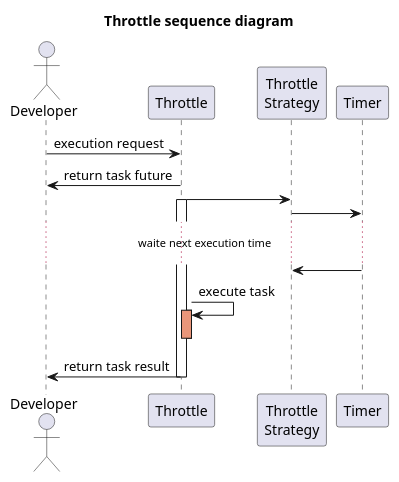
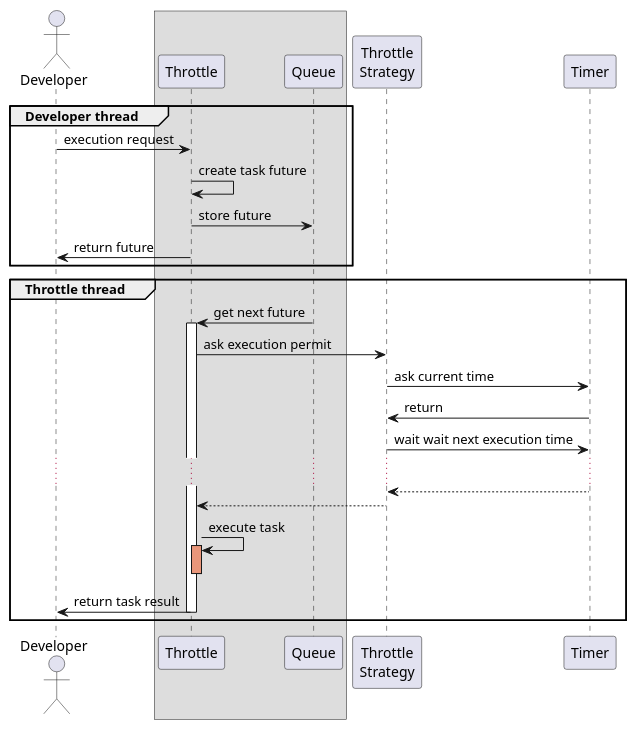
The diagram in sequence.puml (akryvtsun/throttle), drawn with PlantUML before and after one commit.

Commit message:
update diagram

```diff
--- a/sequence.puml
+++ b/sequence.puml
@@ -1,24 +1,35 @@
 @startuml
-title Throttle sequence diagram
-
 actor Developer as D
+box
 participant Throttle as Tr
+participant Queue as Q
+end box
 participant "Throttle\nStrategy" as TrS
 participant Timer as T
 
+group Developer thread
 D -> Tr: execution request
-D <- Tr: return task future
+Tr -> Tr: create task future
+Tr -> Q: store future
+D <- Tr: return future
+end
 
-Tr -> TrS
+group Throttle thread
+Tr <- Q: get next future
 activate Tr
-TrS -> T
-...waite next execution time...
-TrS <- T
+Tr -> TrS: ask execution permit
+TrS -> T: ask current time
+TrS <- T: return
+TrS -> T: wait wait next execution time
+...
+TrS <-- T
+Tr <-- TrS
 Tr -> Tr: execute task
 activate Tr #DarkSalmon
 deactivate Tr
 
 D <- Tr: return task result
 deactivate Tr
+end
 
 @enduml
```
